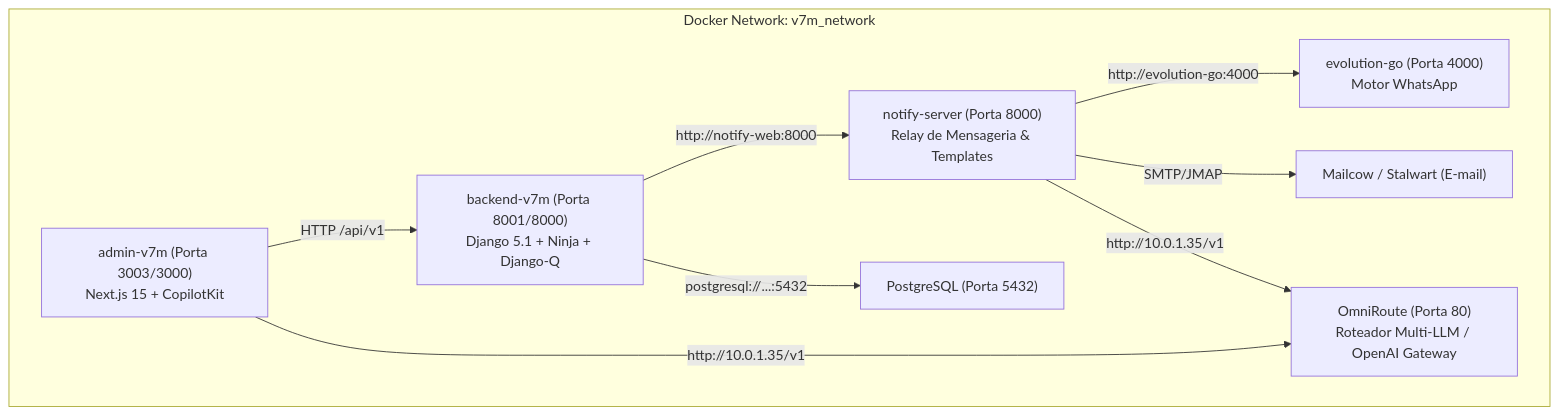
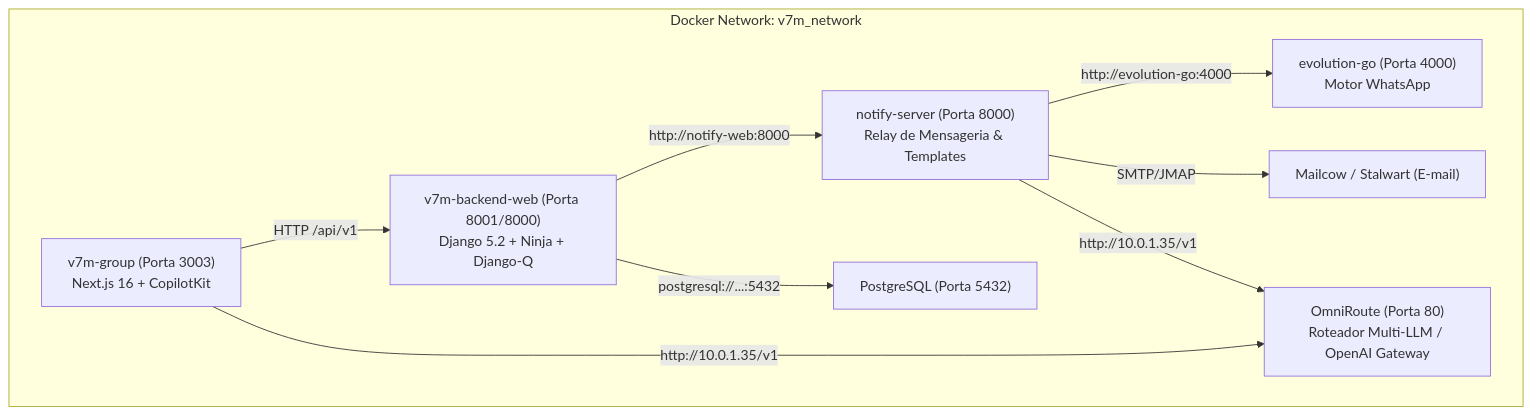
One commit to maestri33/platform-v7m changed the diagram in apps/group/docs/SETUP_AND_INTEGRATION_GUIDE.md. Above: the diagram before and after it, drawn with Mermaid. The commit also changed other lines of this file and 9 other files, not shown here.

First line of the commit message:
docs(monorepo): align and harmonize documentation across apps, architecture and operations (#157)

````diff
--- a/apps/group/docs/SETUP_AND_INTEGRATION_GUIDE.md
+++ b/apps/group/docs/SETUP_AND_INTEGRATION_GUIDE.md
@@ -11,12 +11,12 @@
 ```mermaid
 graph TD
     subgraph "Docker Network: v7m_network"
-        ADMIN["admin-v7m (Porta 3003/3000)<br>Next.js 15 + CopilotKit"] -->|HTTP /api/v1| BACKEND["backend-v7m (Porta 8001/8000)<br>Django 5.1 + Ninja + Django-Q"]
+        ADMIN["v7m-group (Porta 3003)<br>Next.js 16 + CopilotKit"] -->|HTTP /api/v1| BACKEND["v7m-backend-web (Porta 8001/8000)<br>Django 5.2 + Ninja + Django-Q"]
         BACKEND -->|http://notify-web:8000| NOTIFY["notify-server (Porta 8000)<br>Relay de Mensageria & Templates"]
         NOTIFY -->|http://evolution-go:4000| EVOGO["evolution-go (Porta 4000)<br>Motor WhatsApp"]
         NOTIFY -->|SMTP/JMAP| MAIL["Mailcow / Stalwart (E-mail)"]
         NOTIFY -->|http://10.0.1.35/v1| OMNI["OmniRoute (Porta 80)<br>Roteador Multi-LLM / OpenAI Gateway"]
         ADMIN -->|http://10.0.1.35/v1| OMNI
         BACKEND -->|postgresql://...:5432| POSTGRES["PostgreSQL (Porta 5432)"]
     end
 ```
````
